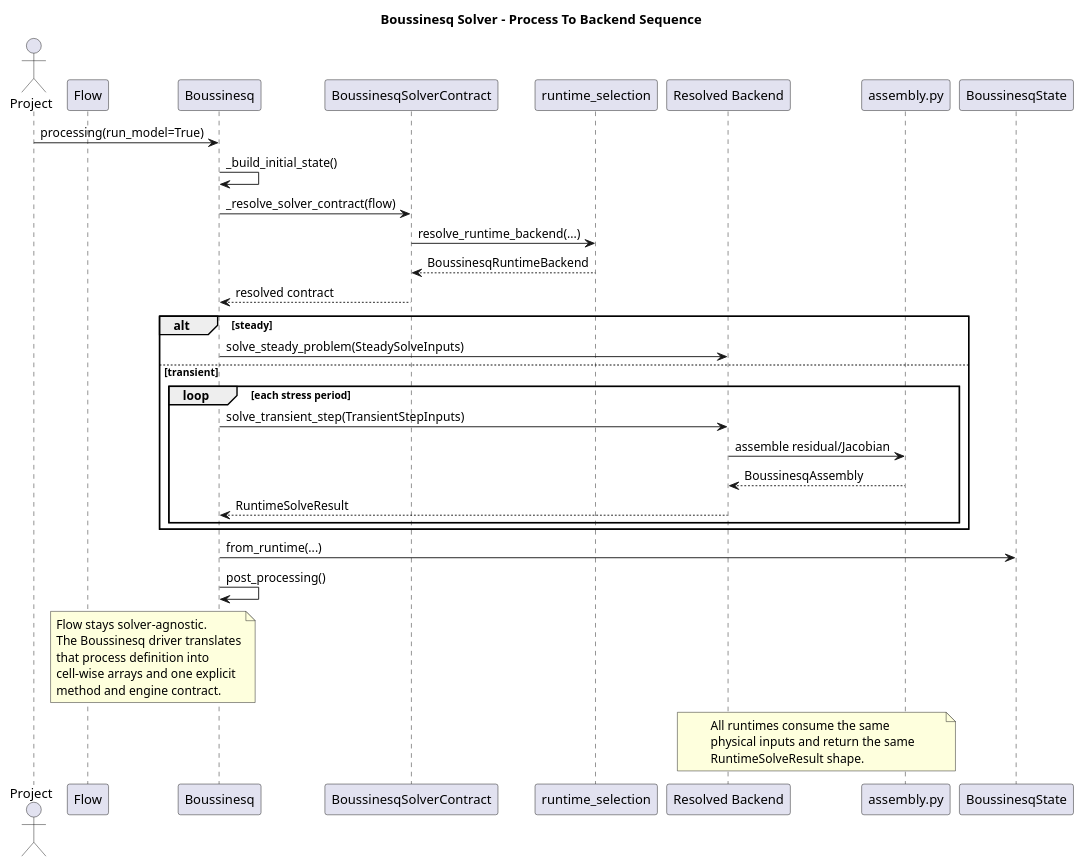
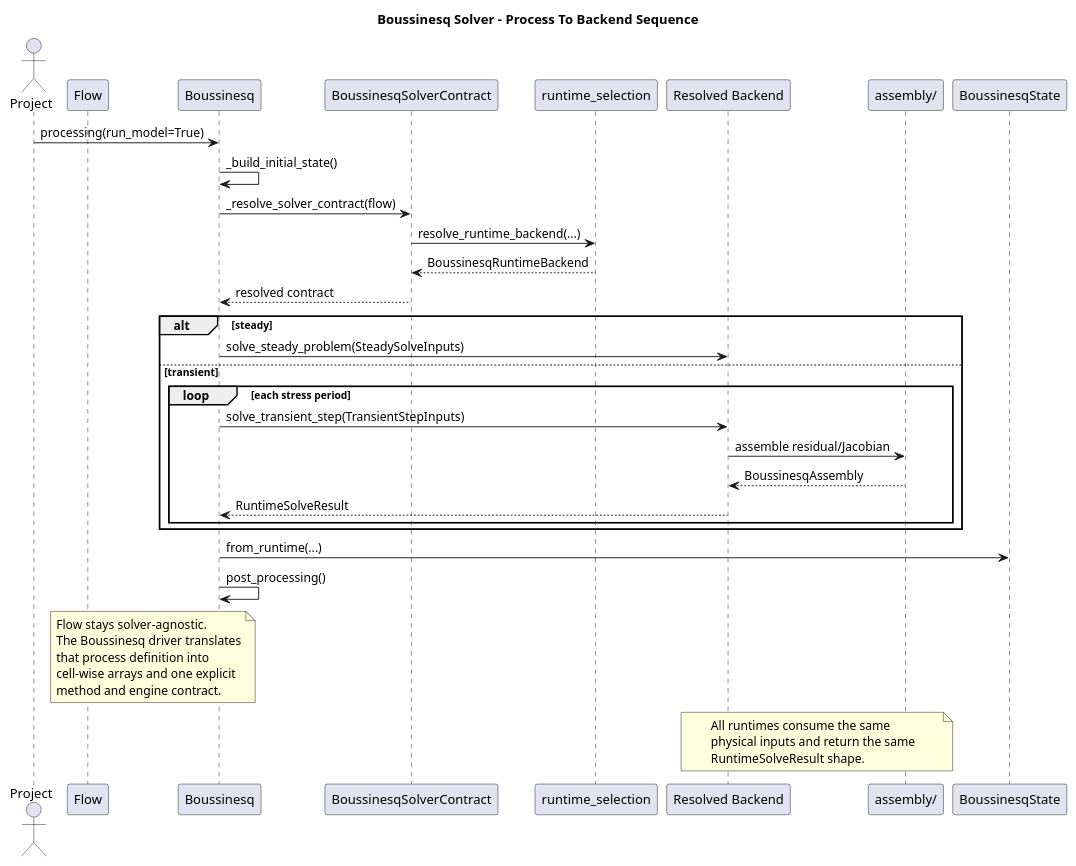
One commit to HydroModPy/HydroModPy changed the diagram in docs/source/contribute/architecture/solver/diagrams/boussinesq_process_to_backend_sequence.wsd. Above: the diagram before and after it, drawn with PlantUML. The commit also changed 636 other files, not shown here.

```diff
--- a/docs/source/contribute/architecture/solver/diagrams/boussinesq_process_to_backend_sequence.wsd
+++ b/docs/source/contribute/architecture/solver/diagrams/boussinesq_process_to_backend_sequence.wsd
@@ -1,48 +1,48 @@
 @startuml
 title Boussinesq Solver - Process To Backend Sequence
 
 actor Project
 participant Flow
 participant "Boussinesq" as Solver
 participant "BoussinesqSolverContract" as Contract
 participant "runtime_selection" as Selection
 participant "Resolved Backend" as Backend
-participant "assembly.py" as Assembly
+participant "assembly/" as Assembly
 participant "BoussinesqState" as State
 
 Project -> Solver : processing(run_model=True)
 Solver -> Solver : _build_initial_state()
 Solver -> Contract : _resolve_solver_contract(flow)
 Contract -> Selection : resolve_runtime_backend(...)
 Selection --> Contract : BoussinesqRuntimeBackend
 Contract --> Solver : resolved contract
 
 alt steady
   Solver -> Backend : solve_steady_problem(SteadySolveInputs)
 else transient
   loop each stress period
     Solver -> Backend : solve_transient_step(TransientStepInputs)
     Backend -> Assembly : assemble residual/Jacobian
     Assembly --> Backend : BoussinesqAssembly
     Backend --> Solver : RuntimeSolveResult
   end
 end
 
 Solver -> State : from_runtime(...)
 Solver -> Solver : post_processing()
 
 note over Flow, Solver
 Flow stays solver-agnostic.
 The Boussinesq driver translates
 that process definition into
 cell-wise arrays and one explicit
 method and engine contract.
 end note
 
 note over Backend, Assembly
 All runtimes consume the same
 physical inputs and return the same
 RuntimeSolveResult shape.
 end note
 
 @enduml
```
